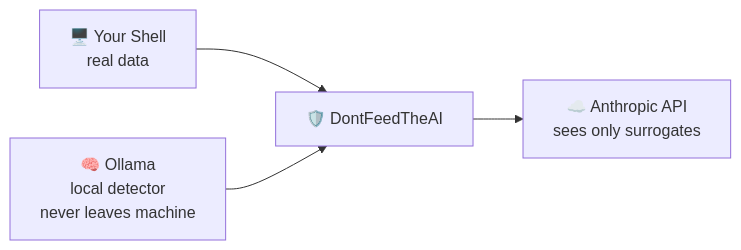
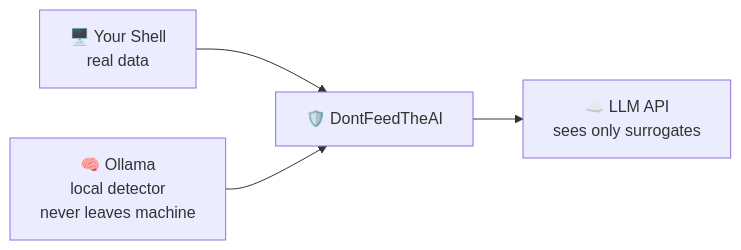
Before and after one commit to jaimegk/ProxIA: the fifth of 5 diagrams in README.md, drawn with Mermaid. The commit also changed other lines of this file, not shown here.

First line of the commit message:
docs(readme): provider-agnostic diagrams, local quickstart, merge anti-cloud sections, add providers to docs table

````diff
--- a/README.md
+++ b/README.md
@@ -83,6 +77,6 @@
 ```mermaid
 flowchart LR
     s3["🖥️ Your Shell\nreal data"] --> p["🛡️ DontFeedTheAI"]
     o2["🧠 Ollama\nlocal detector\nnever leaves machine"] --> p
-    p --> c2["☁️ Anthropic API\nsees only surrogates"]
+    p --> c2["☁️ LLM API\nsees only surrogates"]
 ```
````
